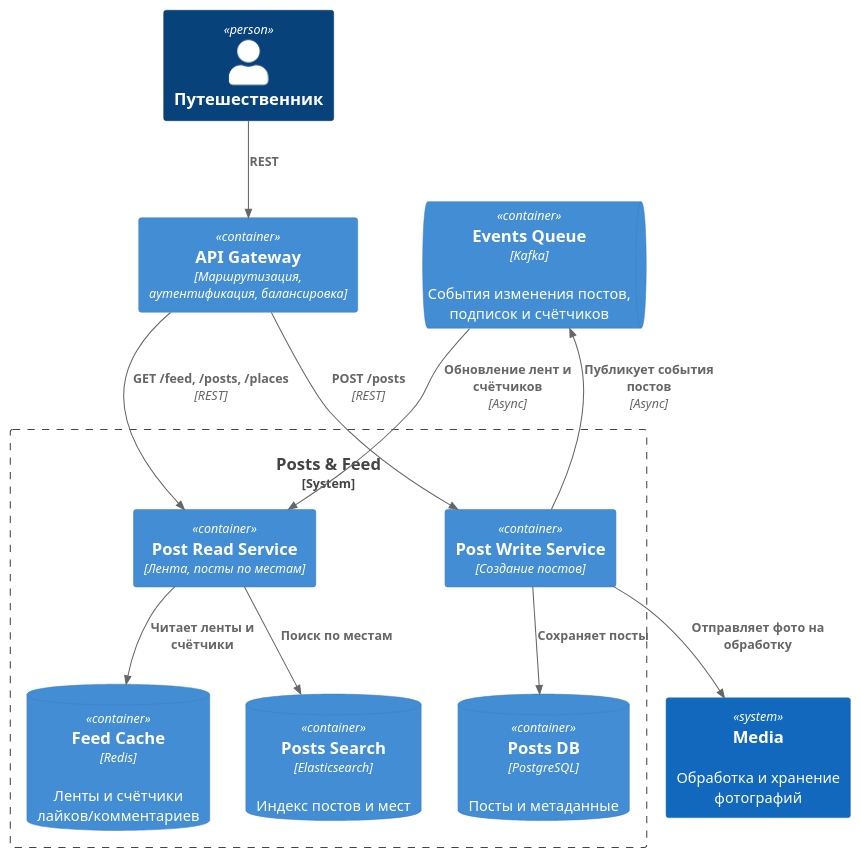
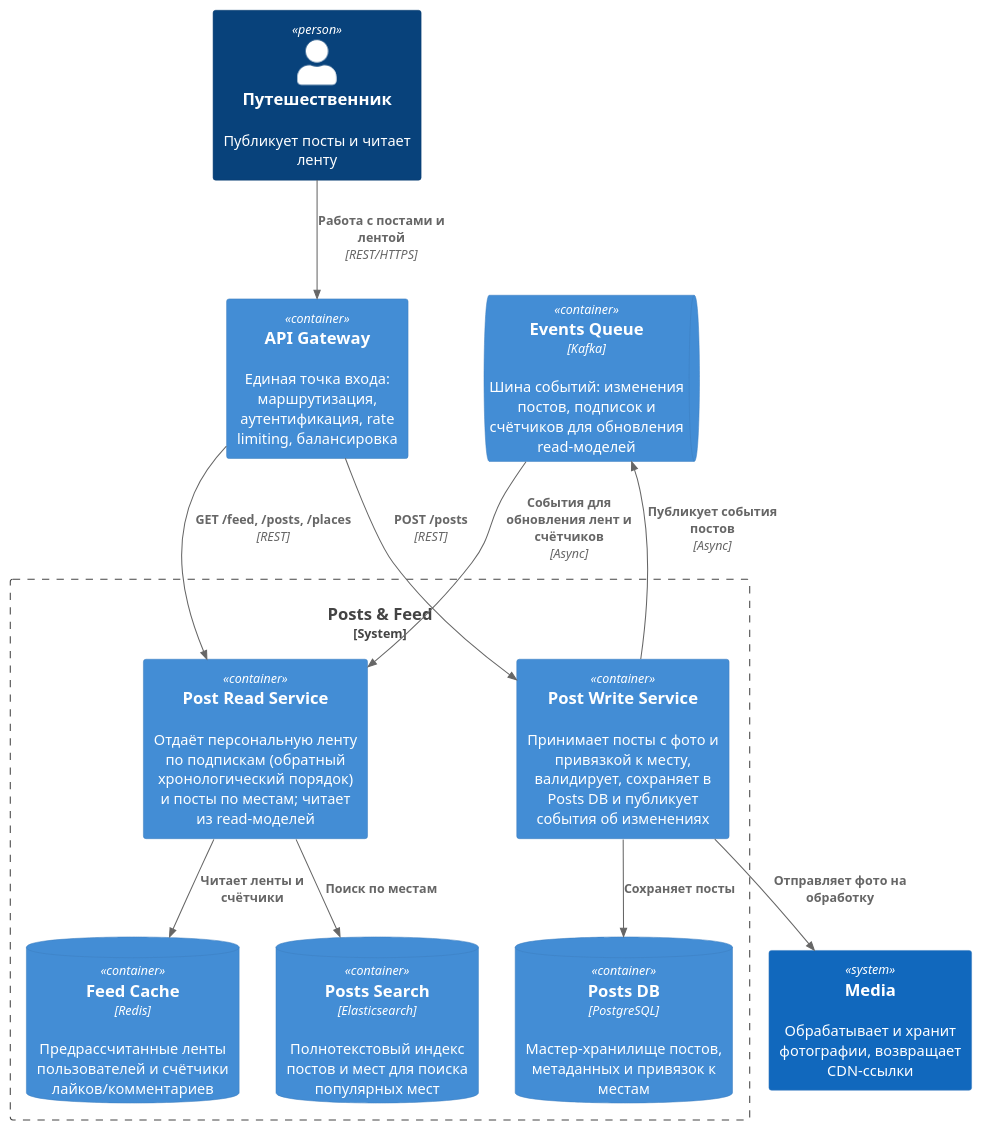
The diagram in architecture/posts_system/container.puml (AleksandrTherzyan/social_network_system_design), drawn with PlantUML before and after one commit. The commit also changed 10 other files, not shown here.

```diff
--- a/architecture/posts_system/container.puml
+++ b/architecture/posts_system/container.puml
@@ -1,28 +1,28 @@
-@startuml
+@startuml posts_system
 !include <C4/C4_Container>
 
-Person(traveler, "Путешественник")
-Container(apiGateway, "API Gateway", "Маршрутизация, аутентификация, балансировка")
-ContainerQueue(kafka, "Events Queue", "Kafka", "События изменения постов, подписок и счётчиков")
-System(mediaSystem, "Media", "Обработка и хранение фотографий")
+Person(traveler, "Путешественник", "Публикует посты и читает ленту")
+Container(apiGateway, "API Gateway", "", "Единая точка входа: маршрутизация, аутентификация, rate limiting, балансировка")
+ContainerQueue(kafka, "Events Queue", "Kafka", "Шина событий: изменения постов, подписок и счётчиков для обновления read-моделей")
+System(mediaSystem, "Media", "Обрабатывает и хранит фотографии, возвращает CDN-ссылки")
 
 System_Boundary(postsSystem, "Posts & Feed") {
-    Container(postWrite, "Post Write Service", "Создание постов")
-    Container(postRead, "Post Read Service", "Лента, посты по местам")
-    ContainerDb(postsDb, "Posts DB", "PostgreSQL", "Посты и метаданные")
-    ContainerDb(feedCache, "Feed Cache", "Redis", "Ленты и счётчики лайков/комментариев")
-    ContainerDb(postsSearch, "Posts Search", "Elasticsearch", "Индекс постов и мест")
+    Container(postWrite, "Post Write Service", "", "Принимает посты с фото и привязкой к месту, валидирует, сохраняет в Posts DB и публикует события об изменениях")
+    Container(postRead, "Post Read Service", "", "Отдаёт персональную ленту по подпискам (обратный хронологический порядок) и посты по местам; читает из read-моделей")
+    ContainerDb(postsDb, "Posts DB", "PostgreSQL", "Мастер-хранилище постов, метаданных и привязок к местам")
+    ContainerDb(feedCache, "Feed Cache", "Redis", "Предрассчитанные ленты пользователей и счётчики лайков/комментариев")
+    ContainerDb(postsSearch, "Posts Search", "Elasticsearch", "Полнотекстовый индекс постов и мест для поиска популярных мест")
 }
 
-Rel(traveler, apiGateway, "REST")
+Rel(traveler, apiGateway, "Работа с постами и лентой", "REST/HTTPS")
 Rel(apiGateway, postWrite, "POST /posts", "REST")
 Rel(apiGateway, postRead, "GET /feed, /posts, /places", "REST")
 
 Rel(postWrite, postsDb, "Сохраняет посты")
 Rel(postWrite, mediaSystem, "Отправляет фото на обработку")
 Rel(postWrite, kafka, "Публикует события постов", "Async")
 
 Rel(postRead, feedCache, "Читает ленты и счётчики")
 Rel(postRead, postsSearch, "Поиск по местам")
-Rel(kafka, postRead, "Обновление лент и счётчиков", "Async")
+Rel(kafka, postRead, "События для обновления лент и счётчиков", "Async")
 @enduml
```
